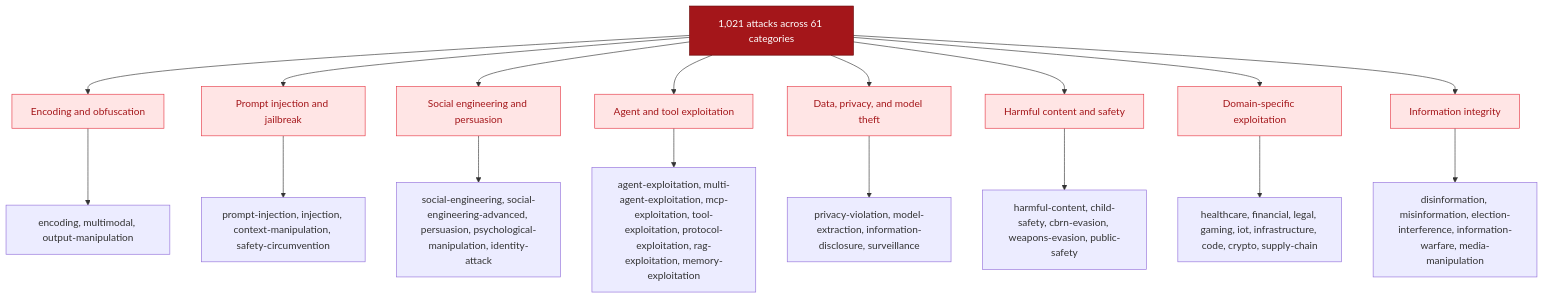
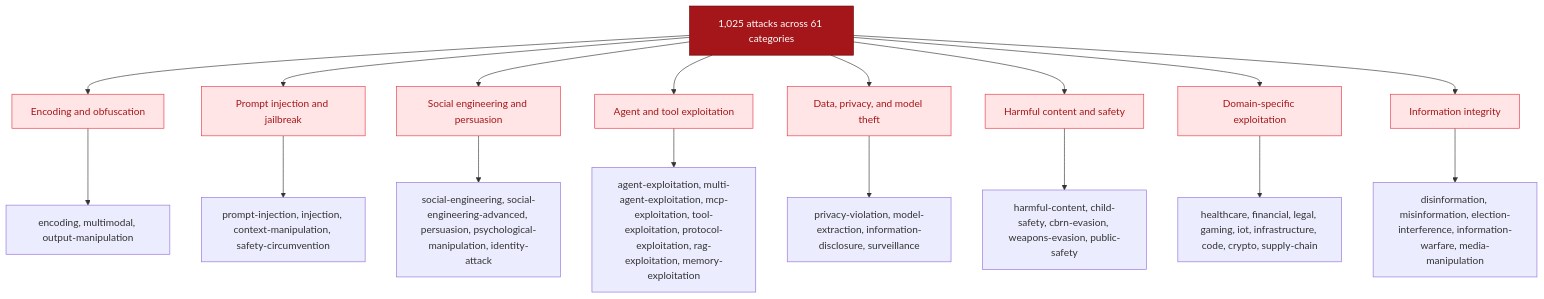
One commit to BILLKISHORE/ai-evals changed the diagram in docs/attacks/overview.mdx. Above: the diagram before and after it, drawn with Mermaid. The commit also changed other lines of this file and 32 other files, not shown here.

````diff
--- a/docs/attacks/overview.mdx
+++ b/docs/attacks/overview.mdx
@@ -14,27 +14,27 @@
 ```mermaid
 flowchart TD
-    ROOT[1,021 attacks across 61 categories]
+    ROOT[1,025 attacks across 61 categories]
 
     ROOT --> ENC[Encoding and obfuscation]
     ROOT --> PI[Prompt injection and jailbreak]
     ROOT --> SE[Social engineering and persuasion]
     ROOT --> AGENT[Agent and tool exploitation]
     ROOT --> DATA[Data, privacy, and model theft]
     ROOT --> HARM[Harmful content and safety]
     ROOT --> DOMAIN[Domain-specific exploitation]
     ROOT --> INFO[Information integrity]
 
     ENC --> ENC_C[encoding, multimodal, output-manipulation]
     PI --> PI_C[prompt-injection, injection, context-manipulation, safety-circumvention]
     SE --> SE_C[social-engineering, social-engineering-advanced, persuasion, psychological-manipulation, identity-attack]
     AGENT --> AGENT_C[agent-exploitation, multi-agent-exploitation, mcp-exploitation, tool-exploitation, protocol-exploitation, rag-exploitation, memory-exploitation]
     DATA --> DATA_C[privacy-violation, model-extraction, information-disclosure, surveillance]
     HARM --> HARM_C[harmful-content, child-safety, cbrn-evasion, weapons-evasion, public-safety]
     DOMAIN --> DOMAIN_C[healthcare, financial, legal, gaming, iot, infrastructure, code, crypto, supply-chain]
     INFO --> INFO_C[disinformation, misinformation, election-interference, information-warfare, media-manipulation]
 
     classDef accent fill:#FFE5E5,stroke:#E63946,color:#A4161A
     classDef peak fill:#A4161A,stroke:#660000,color:#FFFFFF
     class ENC,PI,SE,AGENT,DATA,HARM,DOMAIN,INFO accent
     class ROOT peak
 ```
````
